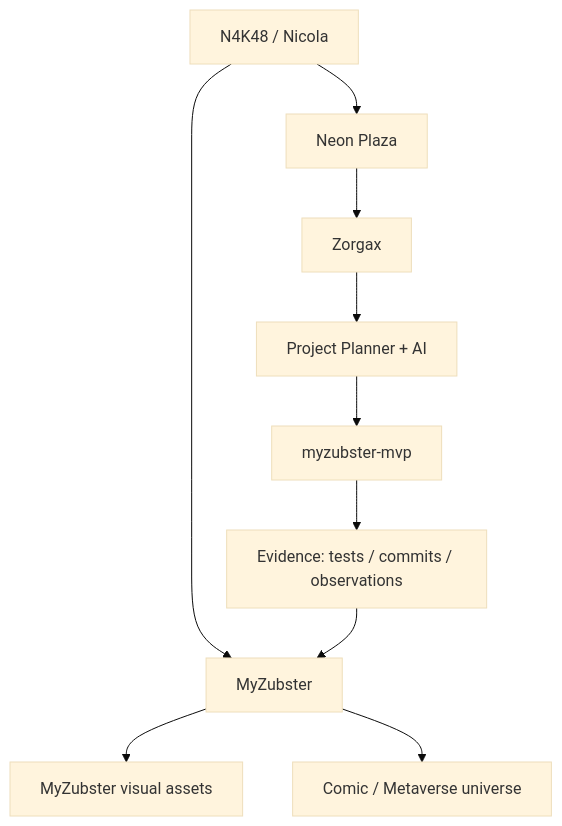
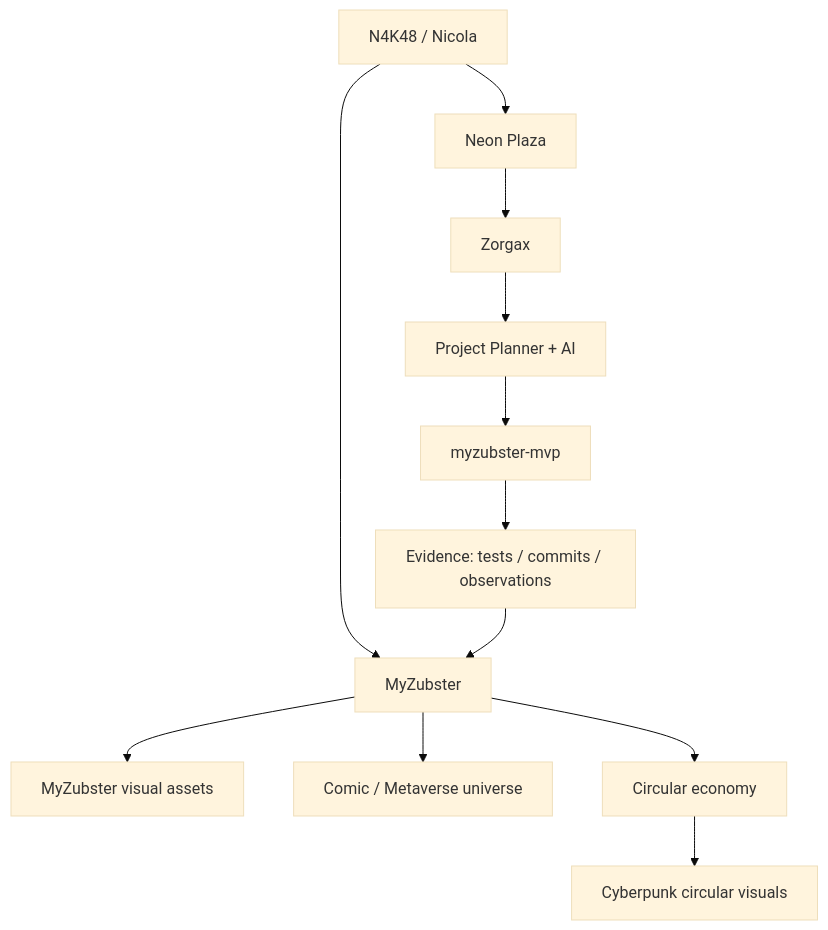
Before and after one commit to nicolaususnicola-lgtm/myzubster-mvp: the second of 2 diagrams in docs/N4K48.md, drawn with Mermaid (base theme). The commit also changed other lines of this file, not shown here.

Commit message:
docs: connect N4K48 to cyberpunk and circular economy visuals

````diff
--- a/docs/N4K48.md
+++ b/docs/N4K48.md
@@ -102,12 +115,14 @@
 ```mermaid
 flowchart TD
     N["N4K48 / Nicola"] --> P["Neon Plaza"]
     P --> Z["Zorgax"]
     Z --> PP["Project Planner + AI"]
     PP --> R["myzubster-mvp"]
     R --> E["Evidence: tests / commits / observations"]
     N --> M["MyZubster"]
     M --> V["MyZubster visual assets"]
     M --> C["Comic / Metaverse universe"]
+    M --> CE["Circular economy"]
+    CE --> CV["Cyberpunk circular visuals"]
     E --> M
 ```
````
